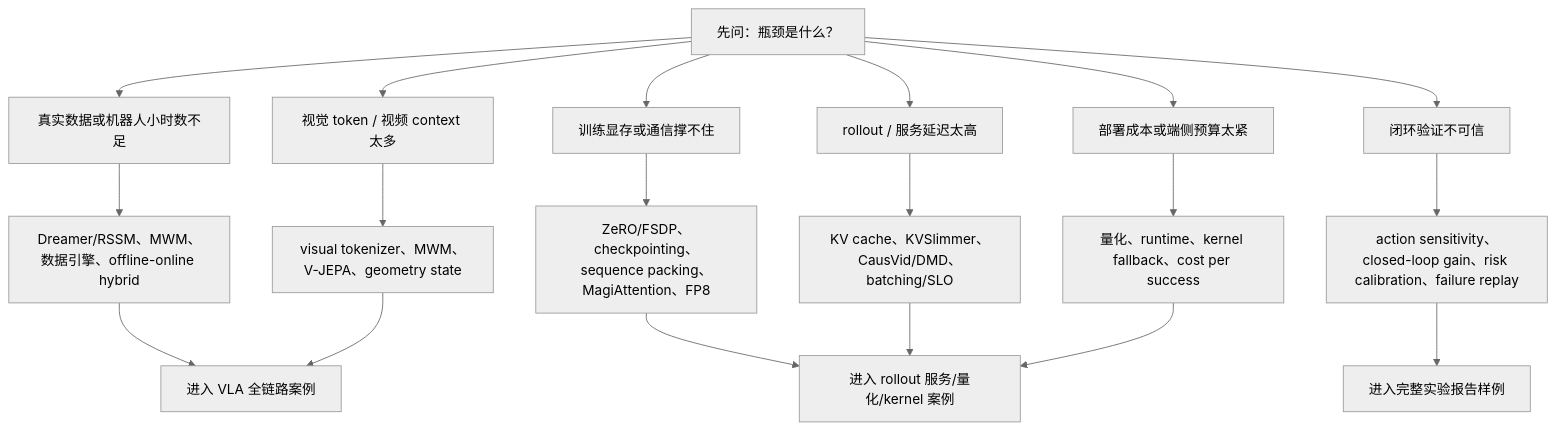
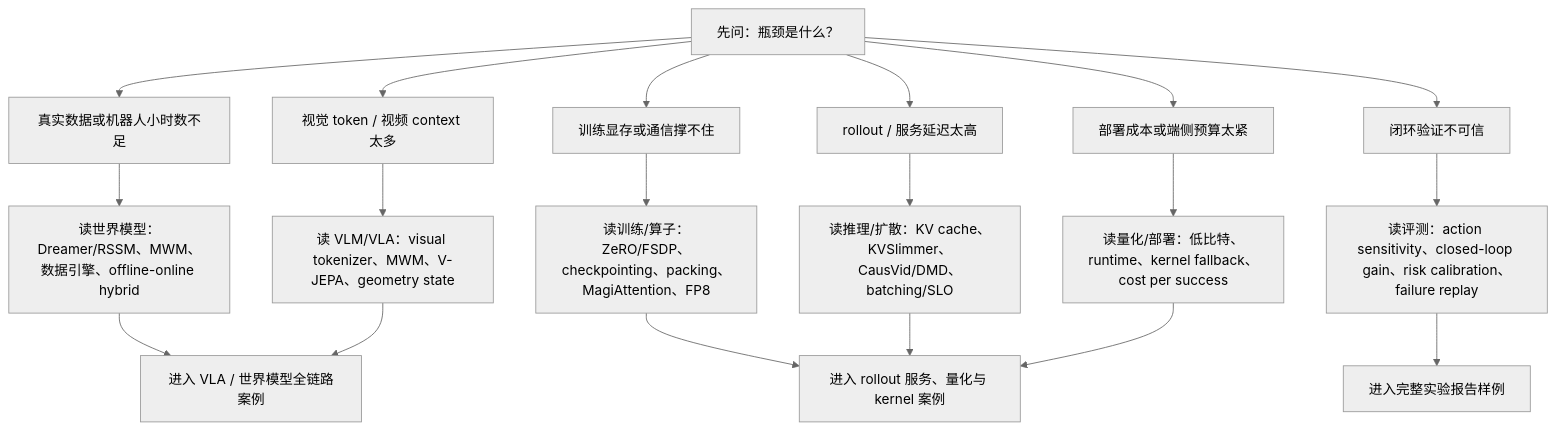
One commit to Charles2530/Charles-AI-notes changed the diagram in files/references/site-efficiency-coverage-matrix.md. Above: the diagram before and after it, drawn with Mermaid (neutral theme). The commit also changed other lines of this file and 91 other files, not shown here.

````diff
--- a/files/references/site-efficiency-coverage-matrix.md
+++ b/files/references/site-efficiency-coverage-matrix.md
@@ -25,23 +35,23 @@
 ```mermaid
 flowchart TD
     A["先问：瓶颈是什么？"] --> B["真实数据或机器人小时数不足"]
     A --> C["视觉 token / 视频 context 太多"]
     A --> D["训练显存或通信撑不住"]
     A --> E["rollout / 服务延迟太高"]
     A --> F["闭环验证不可信"]
     A --> G["部署成本或端侧预算太紧"]
 
-    B --> B1["Dreamer/RSSM、MWM、数据引擎、offline-online hybrid"]
-    C --> C1["visual tokenizer、MWM、V-JEPA、geometry state"]
-    D --> D1["ZeRO/FSDP、checkpointing、sequence packing、MagiAttention、FP8"]
-    E --> E1["KV cache、KVSlimmer、CausVid/DMD、batching/SLO"]
-    F --> F1["action sensitivity、closed-loop gain、risk calibration、failure replay"]
-    G --> G1["量化、runtime、kernel fallback、cost per success"]
+    B --> B1["读世界模型：Dreamer/RSSM、MWM、数据引擎、offline-online hybrid"]
+    C --> C1["读 VLM/VLA：visual tokenizer、MWM、V-JEPA、geometry state"]
+    D --> D1["读训练/算子：ZeRO/FSDP、checkpointing、packing、MagiAttention、FP8"]
+    E --> E1["读推理/扩散：KV cache、KVSlimmer、CausVid/DMD、batching/SLO"]
+    F --> F1["读评测：action sensitivity、closed-loop gain、risk calibration、failure replay"]
+    G --> G1["读量化/部署：低比特、runtime、kernel fallback、cost per success"]
 
-    B1 --> H["进入 VLA 全链路案例"]
+    B1 --> H["进入 VLA / 世界模型全链路案例"]
     C1 --> H
-    D1 --> I["进入 rollout 服务/量化/kernel 案例"]
+    D1 --> I["进入 rollout 服务、量化与 kernel 案例"]
     E1 --> I
     F1 --> J["进入完整实验报告样例"]
     G1 --> I
 ```
````
